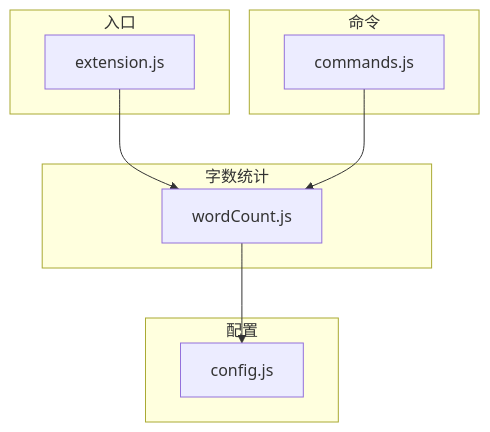
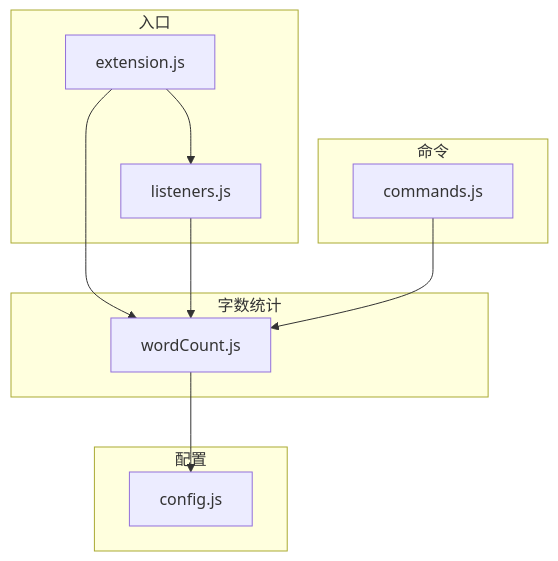
One commit to Ri-Tru/Writing-Assistant changed the diagram in docs/design/wordCount.md. Above: the diagram before and after it, drawn with Mermaid. The commit also changed other lines of this file and 30 other files, not shown here.

````diff
--- a/docs/design/wordCount.md
+++ b/docs/design/wordCount.md
@@ -21,19 +22,22 @@
 ```mermaid
 flowchart TD
     subgraph 入口
         EXT[extension.js]
+        LIS[listeners.js]
     end
     subgraph 字数统计
         WC[wordCount.js]
     end
     subgraph 命令
         CMD[commands.js]
     end
     subgraph 配置
         CFG[config.js]
     end
 
     EXT --> WC
+    EXT --> LIS
+    LIS --> WC
     CMD --> WC
     WC --> CFG
 ```
````
